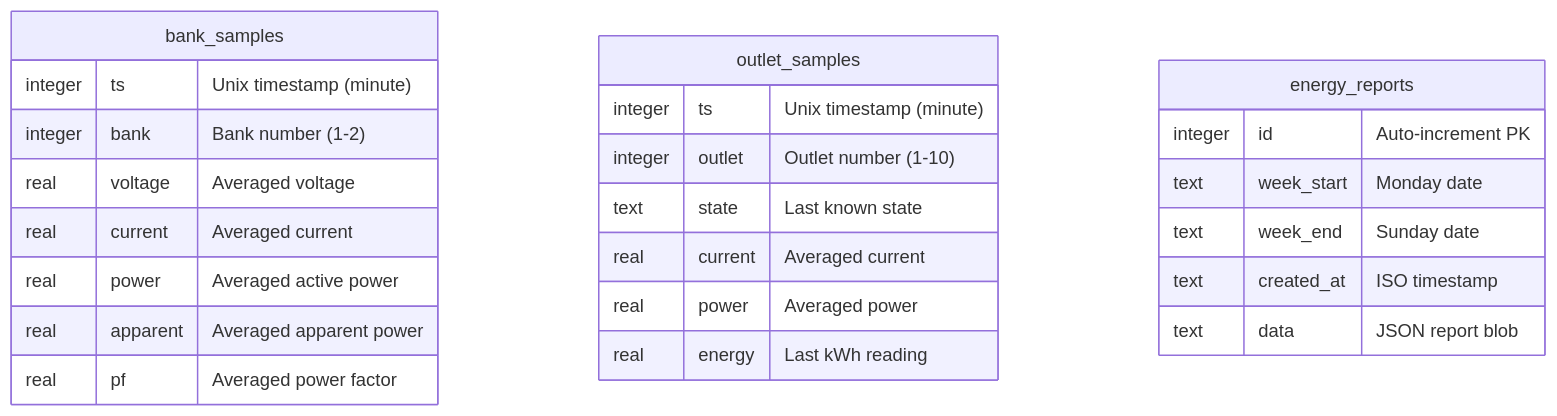
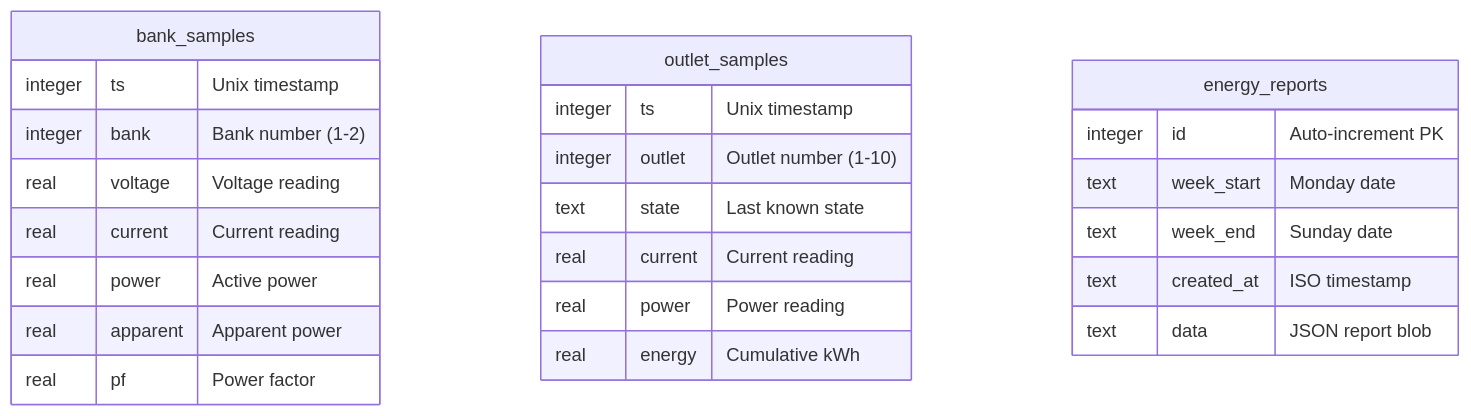
Before and after one commit to mvalancy/CyberPower-PDU: the fourth of 4 diagrams in docs/architecture.md, drawn with Mermaid. The commit also changed other lines of this file and 3 other files, not shown here.

````diff
--- a/docs/architecture.md
+++ b/docs/architecture.md
@@ -195,29 +304,29 @@
 ```mermaid
 erDiagram
     bank_samples {
-        integer ts "Unix timestamp (minute)"
+        integer ts "Unix timestamp"
         integer bank "Bank number (1-2)"
-        real voltage "Averaged voltage"
-        real current "Averaged current"
-        real power "Averaged active power"
-        real apparent "Averaged apparent power"
-        real pf "Averaged power factor"
+        real voltage "Voltage reading"
+        real current "Current reading"
+        real power "Active power"
+        real apparent "Apparent power"
+        real pf "Power factor"
     }
 
     outlet_samples {
-        integer ts "Unix timestamp (minute)"
+        integer ts "Unix timestamp"
         integer outlet "Outlet number (1-10)"
         text state "Last known state"
-        real current "Averaged current"
-        real power "Averaged power"
-        real energy "Last kWh reading"
+        real current "Current reading"
+        real power "Power reading"
+        real energy "Cumulative kWh"
     }
 
     energy_reports {
         integer id "Auto-increment PK"
         text week_start "Monday date"
         text week_end "Sunday date"
         text created_at "ISO timestamp"
         text data "JSON report blob"
     }
 ```
````
